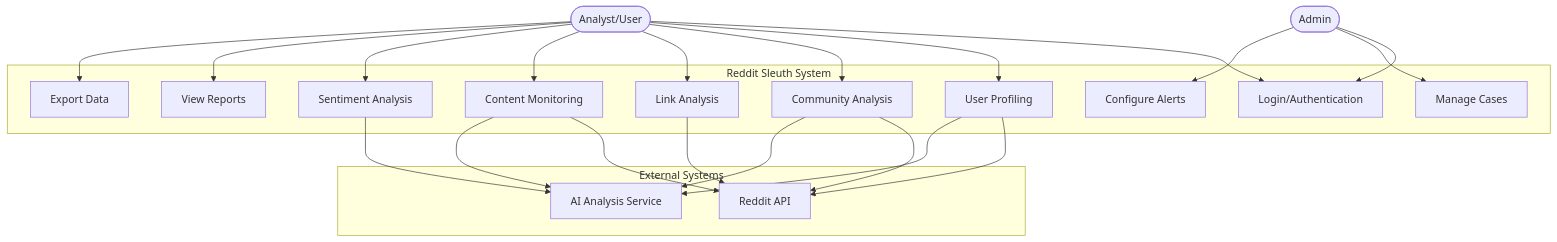
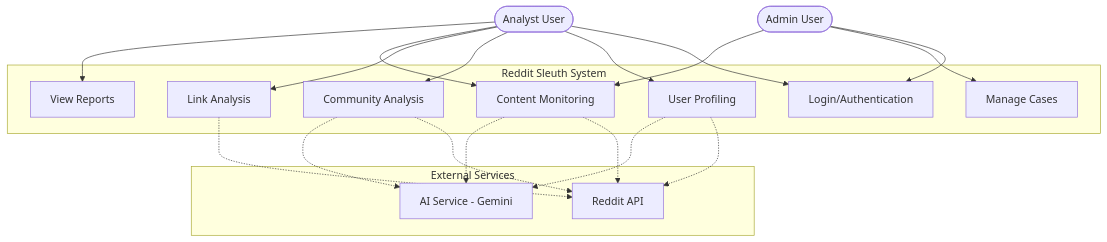
One commit to Andy-Alferdo/reddit-sleuth-forensics-web changed the diagram in diagrams/use-case-diagram.md. Above: the diagram before and after it, drawn with Mermaid. The commit also changed 3 other files, not shown here.

Commit message:
Fix diagram code

````diff
--- a/diagrams/use-case-diagram.md
+++ b/diagrams/use-case-diagram.md
@@ -5,46 +5,39 @@
 ```mermaid
-graph TB
-    Admin([Admin])
-    User([Analyst/User])
+flowchart TB
+    Admin([Admin User])
+    Analyst([Analyst User])
     
-    subgraph "Reddit Sleuth System"
-        UC1[Login/Authentication]
-        UC2[User Profiling]
-        UC3[Community Analysis]
-        UC4[Link Analysis]
-        UC5[Content Monitoring]
-        UC6[Sentiment Analysis]
-        UC7[View Reports]
-        UC8[Manage Cases]
-        UC9[Export Data]
-        UC10[Configure Alerts]
+    subgraph System["Reddit Sleuth System"]
+        Login[Login/Authentication]
+        Profile[User Profiling]
+        Community[Community Analysis]
+        Links[Link Analysis]
+        Monitor[Content Monitoring]
+        Reports[View Reports]
+        Cases[Manage Cases]
     end
     
-    subgraph "External Systems"
+    subgraph External["External Services"]
         Reddit[Reddit API]
-        AI[AI Analysis Service]
+        AI[AI Service - Gemini]
     end
     
-    Admin --> UC1
-    Admin --> UC8
-    Admin --> UC10
+    Admin --> Login
+    Admin --> Cases
+    Admin --> Monitor
     
-    User --> UC1
-    User --> UC2
-    User --> UC3
-    User --> UC4
-    User --> UC5
-    User --> UC6
-    User --> UC7
-    User --> UC9
+    Analyst --> Login
+    Analyst --> Profile
+    Analyst --> Community
+    Analyst --> Links
+    Analyst --> Monitor
+    Analyst --> Reports
     
-    UC2 --> Reddit
-    UC3 --> Reddit
-    UC4 --> Reddit
-    UC5 --> Reddit
-    
-    UC2 --> AI
-    UC3 --> AI
-    UC5 --> AI
-    UC6 --> AI
+    Profile -.-> Reddit
+    Profile -.-> AI
+    Community -.-> Reddit
+    Community -.-> AI
+    Links -.-> Reddit
+    Monitor -.-> Reddit
+    Monitor -.-> AI
 ```
````
